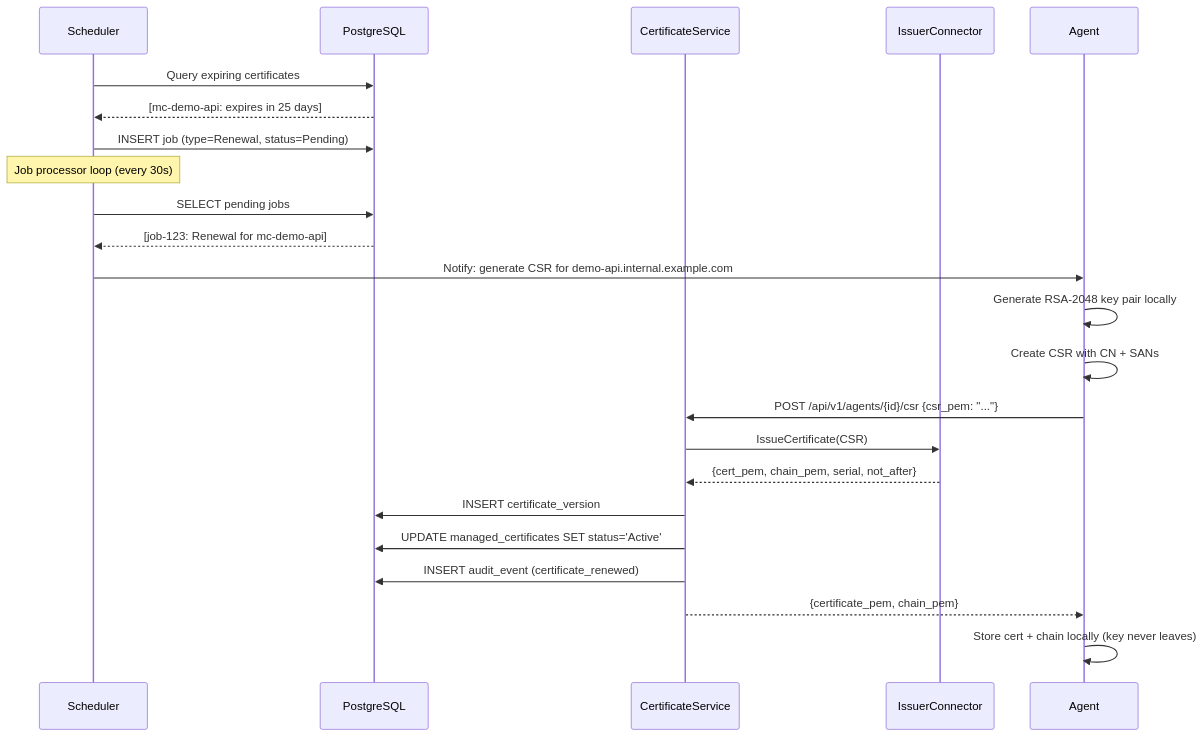
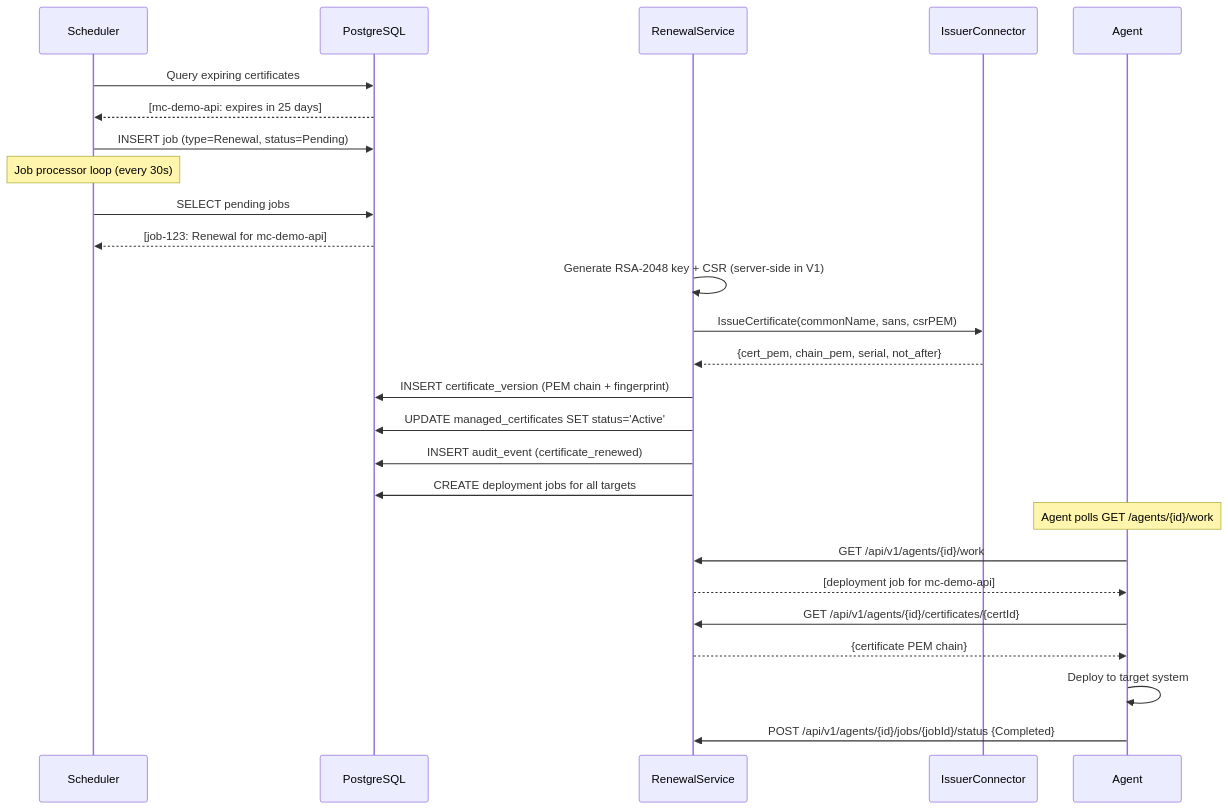
The third of 6 diagrams in docs/demo-advanced.md (certctl-io/certctl), drawn with Mermaid before and after one commit. The commit also changed other lines of this file and 15 other files, not shown here.

First line of the commit message:
Complete M1, M1.1, M2: end-to-end lifecycle, agent deployment, ACME v2

````diff
--- a/docs/demo-advanced.md
+++ b/docs/demo-advanced.md
@@ -220,31 +220,33 @@
 ```mermaid
 sequenceDiagram
     participant S as Scheduler
     participant DB as PostgreSQL
-    participant SVC as CertificateService
+    participant SVC as RenewalService
     participant ISS as IssuerConnector
     participant A as Agent
 
     S->>DB: Query expiring certificates
     DB-->>S: [mc-demo-api: expires in 25 days]
     S->>DB: INSERT job (type=Renewal, status=Pending)
 
     Note over S: Job processor loop (every 30s)
     S->>DB: SELECT pending jobs
     DB-->>S: [job-123: Renewal for mc-demo-api]
 
-    S->>A: Notify: generate CSR for demo-api.internal.example.com
-    A->>A: Generate RSA-2048 key pair locally
-    A->>A: Create CSR with CN + SANs
-    A->>SVC: POST /api/v1/agents/{id}/csr {csr_pem: "..."}
-
-    SVC->>ISS: IssueCertificate(CSR)
+    SVC->>SVC: Generate RSA-2048 key + CSR (server-side in V1)
+    SVC->>ISS: IssueCertificate(commonName, sans, csrPEM)
     ISS-->>SVC: {cert_pem, chain_pem, serial, not_after}
 
-    SVC->>DB: INSERT certificate_version
+    SVC->>DB: INSERT certificate_version (PEM chain + fingerprint)
     SVC->>DB: UPDATE managed_certificates SET status='Active'
     SVC->>DB: INSERT audit_event (certificate_renewed)
+    SVC->>DB: CREATE deployment jobs for all targets
 
-    SVC-->>A: {certificate_pem, chain_pem}
-    A->>A: Store cert + chain locally (key never leaves)
+    Note over A: Agent polls GET /agents/{id}/work
+    A->>SVC: GET /api/v1/agents/{id}/work
+    SVC-->>A: [deployment job for mc-demo-api]
+    A->>SVC: GET /api/v1/agents/{id}/certificates/{certId}
+    SVC-->>A: {certificate PEM chain}
+    A->>A: Deploy to target system
+    A->>SVC: POST /api/v1/agents/{id}/jobs/{jobId}/status {Completed}
 ```
````
